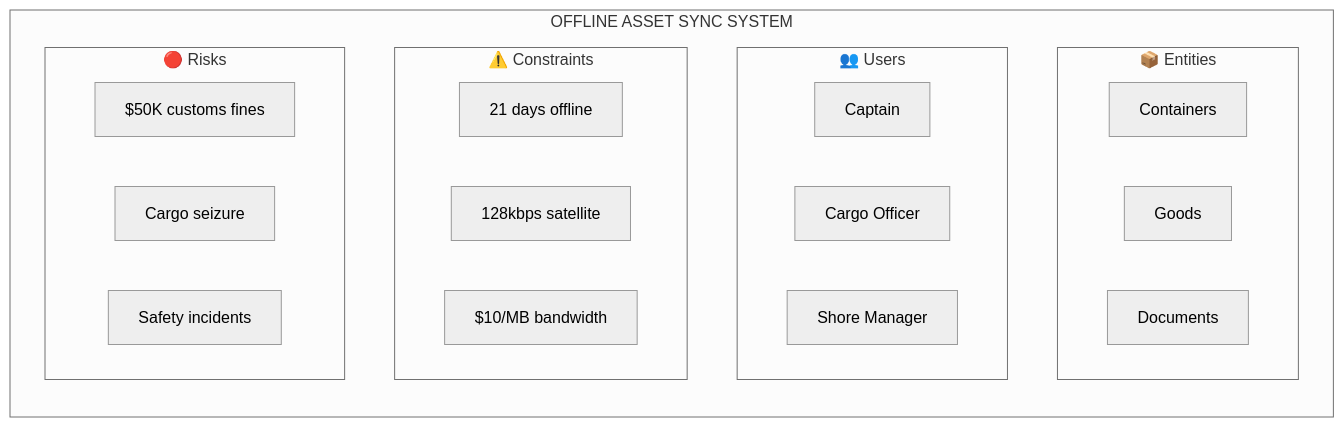
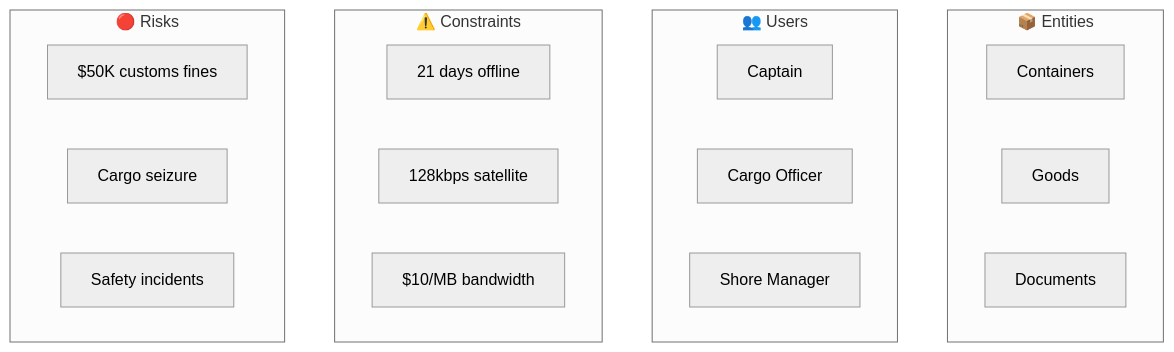
The first of 7 diagrams in 01_problem_definition.md (siddgawad/Offline-Asset-Synchronization), drawn with Mermaid (neutral theme) before and after one commit.

Commit message:
fix: improved diagram visibility

````diff
--- a/01_problem_definition.md
+++ b/01_problem_definition.md
@@ -5,31 +5,26 @@
 ```mermaid
 flowchart TB
-    subgraph SYSTEM["OFFLINE ASSET SYNC SYSTEM"]
+    subgraph ENTITIES["📦 Entities"]
+        E1["Containers"]
+        E2["Goods"]
+        E3["Documents"]
+    end
     
-        direction TB
-        
-        subgraph ENTITIES["📦 Entities"]
-            E1["Containers"]
-            E2["Goods"]
-            E3["Documents"]
-        end
-        
-        subgraph USERS["👥 Users"]
-            U1["Captain"]
-            U2["Cargo Officer"]
-            U3["Shore Manager"]
-        end
-        
-        subgraph CONSTRAINTS["⚠️ Constraints"]
-            C1["21 days offline"]
-            C2["128kbps satellite"]
-            C3["$10/MB bandwidth"]
-        end
-        
-        subgraph RISKS["🔴 Risks"]
-            R1["$50K customs fines"]
-            R2["Cargo seizure"]
-            R3["Safety incidents"]
-        end
+    subgraph USERS["👥 Users"]
+        U1["Captain"]
+        U2["Cargo Officer"]
+        U3["Shore Manager"]
+    end
+    
+    subgraph CONSTRAINTS["⚠️ Constraints"]
+        C1["21 days offline"]
+        C2["128kbps satellite"]
+        C3["$10/MB bandwidth"]
+    end
+    
+    subgraph RISKS["🔴 Risks"]
+        R1["$50K customs fines"]
+        R2["Cargo seizure"]
+        R3["Safety incidents"]
     end
 ```
````
